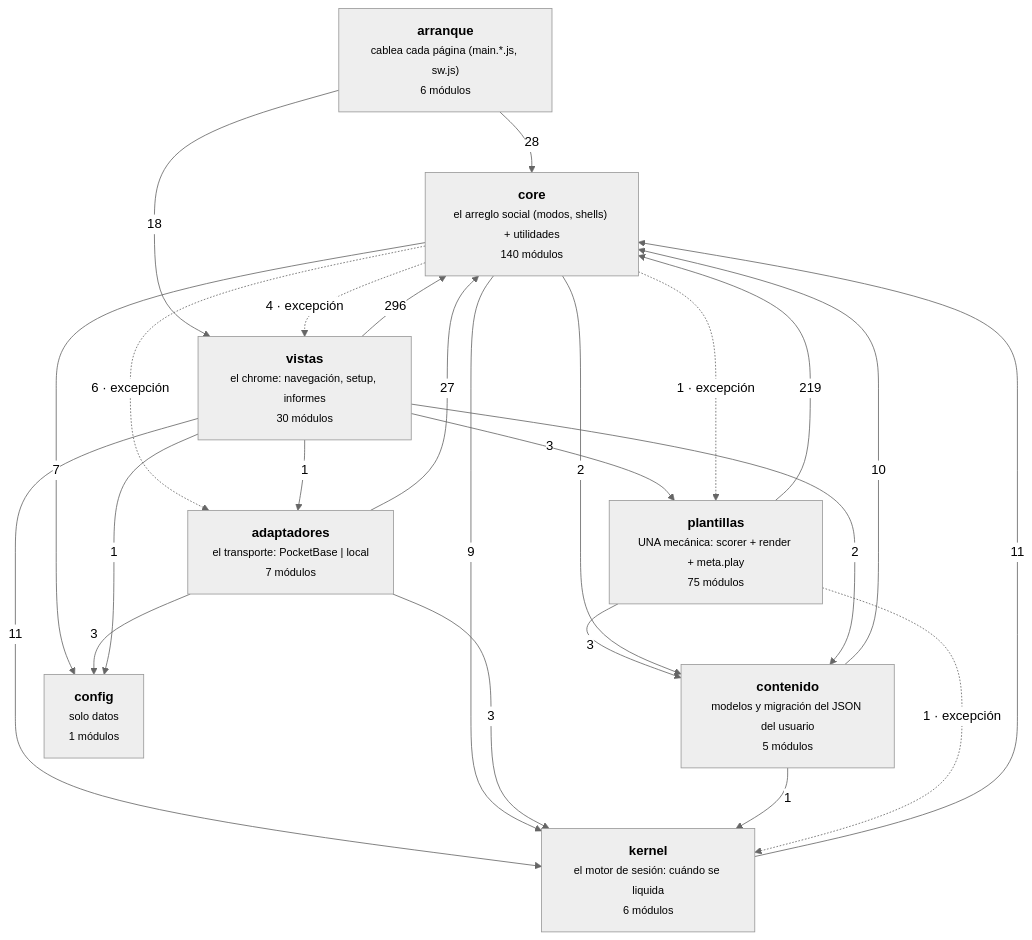
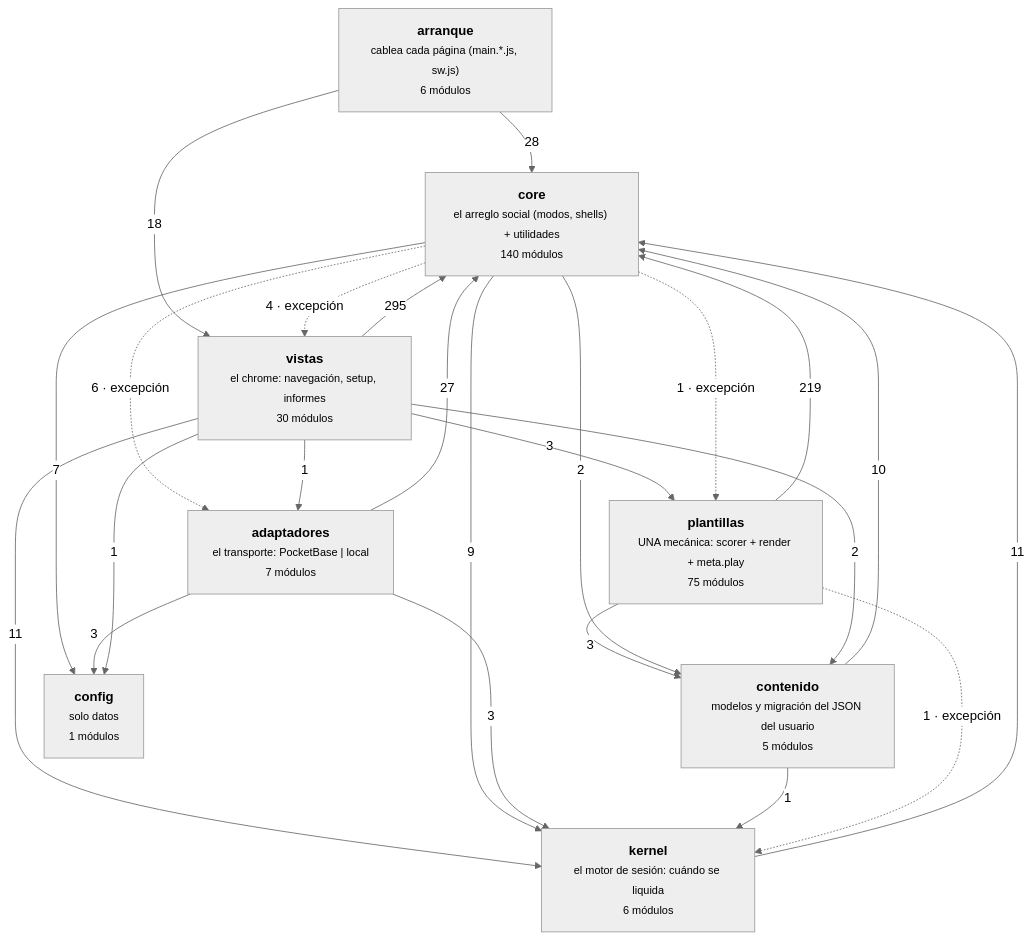
Before and after one commit to duecaz/ac: the diagram in docs/arquitectura-modulos.md, drawn with Mermaid (neutral theme). The commit also changed other lines of this file and 30 other files, not shown here.

````diff
--- a/docs/arquitectura-modulos.md
+++ b/docs/arquitectura-modulos.md
@@ -56,34 +56,34 @@
 ```mermaid
 graph TD
   A["<b>arranque</b><br/><small>cablea cada página (main.*.js, sw.js)</small><br/><small>6 módulos</small>"]
   V["<b>vistas</b><br/><small>el chrome: navegación, setup, informes</small><br/><small>30 módulos</small>"]
   AD["<b>adaptadores</b><br/><small>el transporte: PocketBase | local</small><br/><small>7 módulos</small>"]
   C["<b>core</b><br/><small>el arreglo social (modos, shells) + utilidades</small><br/><small>140 módulos</small>"]
   K["<b>kernel</b><br/><small>el motor de sesión: cuándo se liquida</small><br/><small>6 módulos</small>"]
   T["<b>plantillas</b><br/><small>UNA mecánica: scorer + render + meta.play</small><br/><small>75 módulos</small>"]
   CO["<b>contenido</b><br/><small>modelos y migración del JSON del usuario</small><br/><small>5 módulos</small>"]
   CF["<b>config</b><br/><small>solo datos</small><br/><small>1 módulos</small>"]
-  V -->|296| C
+  V -->|295| C
   T -->|219| C
   A -->|28| C
   AD -->|27| C
   A -->|18| V
   K -->|11| C
   V -->|11| K
   CO -->|10| C
   C -->|9| K
   C -->|7| CF
   C -.->|6 · excepción| AD
   C -.->|4 · excepción| V
   AD -->|3| CF
   AD -->|3| K
   T -->|3| CO
   V -->|3| T
   C -->|2| CO
   V -->|2| CO
   C -.->|1 · excepción| T
   CO -->|1| K
   T -.->|1 · excepción| K
   V -->|1| AD
   V -->|1| CF
 ```
````
